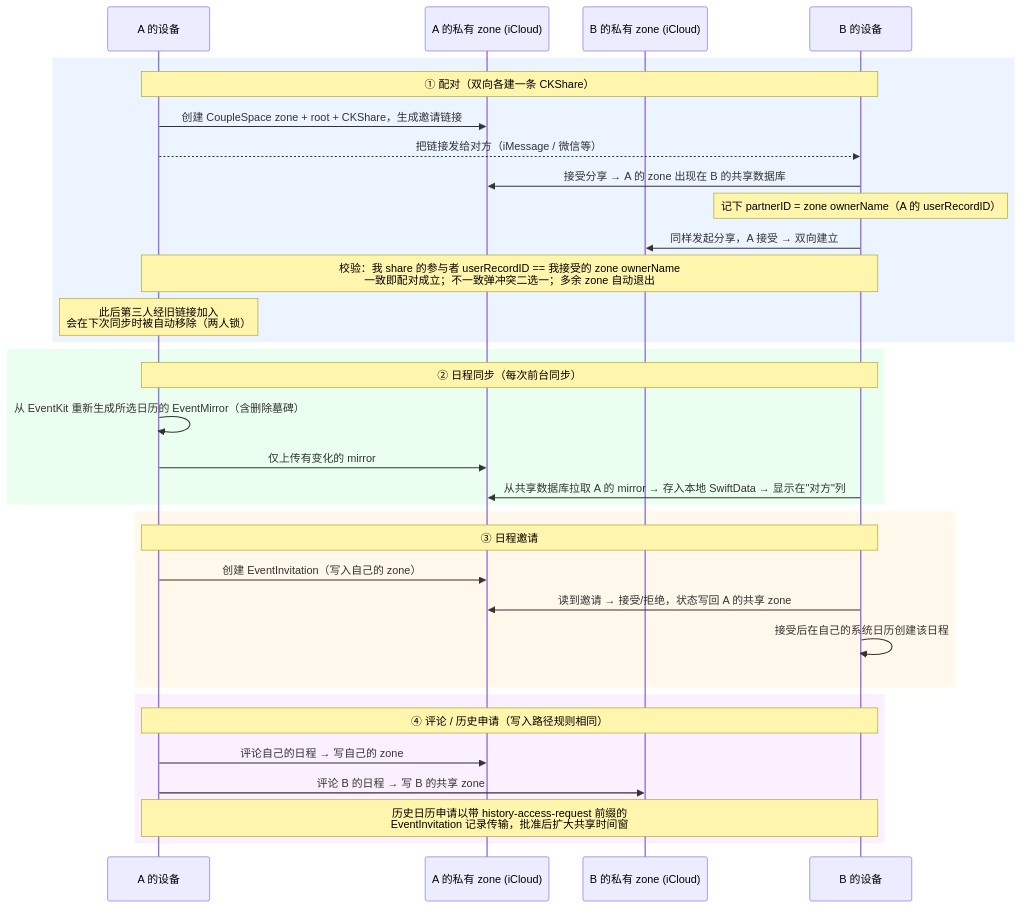
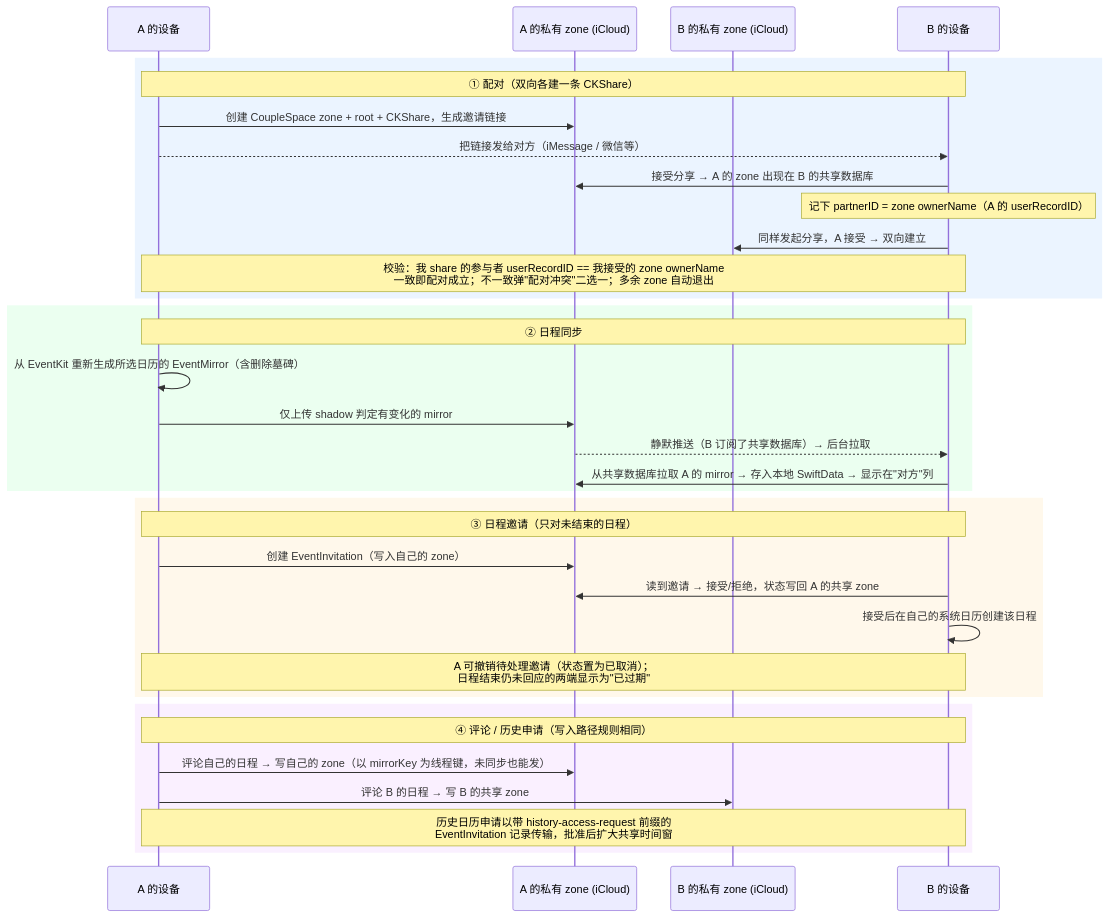
The second of 2 diagrams in README.md (BeenLi/OurDays), drawn with Mermaid before and after one commit. The commit also changed other lines of this file, not shown here.

````diff
--- a/README.md
+++ b/README.md
@@ -88,39 +117,40 @@
 ```mermaid
 sequenceDiagram
     participant A as A 的设备
     participant CA as A 的私有 zone (iCloud)
     participant CB as B 的私有 zone (iCloud)
     participant B as B 的设备
 
     rect rgb(235, 244, 255)
     Note over A,B: ① 配对（双向各建一条 CKShare）
     A->>CA: 创建 CoupleSpace zone + root + CKShare，生成邀请链接
     A-->>B: 把链接发给对方（iMessage / 微信等）
     B->>CA: 接受分享 → A 的 zone 出现在 B 的共享数据库
     Note over B: 记下 partnerID = zone ownerName（A 的 userRecordID）
     B->>CB: 同样发起分享，A 接受 → 双向建立
-    Note over A,B: 校验：我 share 的参与者 userRecordID == 我接受的 zone ownerName<br/>一致即配对成立；不一致弹冲突二选一；多余 zone 自动退出
-    Note over A: 此后第三人经旧链接加入<br/>会在下次同步时被自动移除（两人锁）
+    Note over A,B: 校验：我 share 的参与者 userRecordID == 我接受的 zone ownerName<br/>一致即配对成立；不一致弹"配对冲突"二选一；多余 zone 自动退出
     end
 
     rect rgb(235, 255, 240)
-    Note over A,B: ② 日程同步（每次前台同步）
+    Note over A,B: ② 日程同步
     A->>A: 从 EventKit 重新生成所选日历的 EventMirror（含删除墓碑）
-    A->>CA: 仅上传有变化的 mirror
+    A->>CA: 仅上传 shadow 判定有变化的 mirror
+    CA-->>B: 静默推送（B 订阅了共享数据库）→ 后台拉取
     B->>CA: 从共享数据库拉取 A 的 mirror → 存入本地 SwiftData → 显示在"对方"列
     end
 
     rect rgb(255, 248, 235)
-    Note over A,B: ③ 日程邀请
+    Note over A,B: ③ 日程邀请（只对未结束的日程）
     A->>CA: 创建 EventInvitation（写入自己的 zone）
     B->>CA: 读到邀请 → 接受/拒绝，状态写回 A 的共享 zone
     B->>B: 接受后在自己的系统日历创建该日程
+    Note over A,B: A 可撤销待处理邀请（状态置为已取消）；<br/>日程结束仍未回应的两端显示为"已过期"
     end
 
     rect rgb(250, 240, 255)
     Note over A,B: ④ 评论 / 历史申请（写入路径规则相同）
-    A->>CA: 评论自己的日程 → 写自己的 zone
+    A->>CA: 评论自己的日程 → 写自己的 zone（以 mirrorKey 为线程键，未同步也能发）
     A->>CB: 评论 B 的日程 → 写 B 的共享 zone
     Note over A,B: 历史日历申请以带 history-access-request 前缀的<br/>EventInvitation 记录传输，批准后扩大共享时间窗
     end
 ```
````
